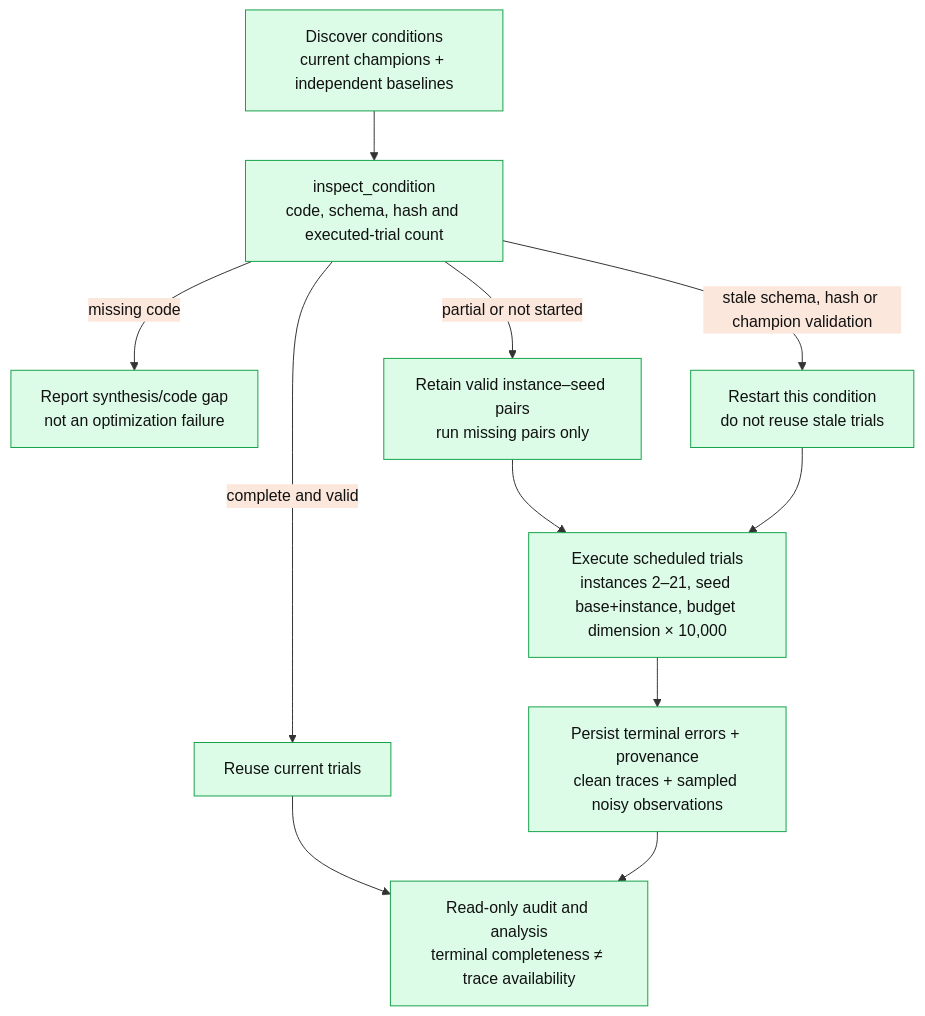
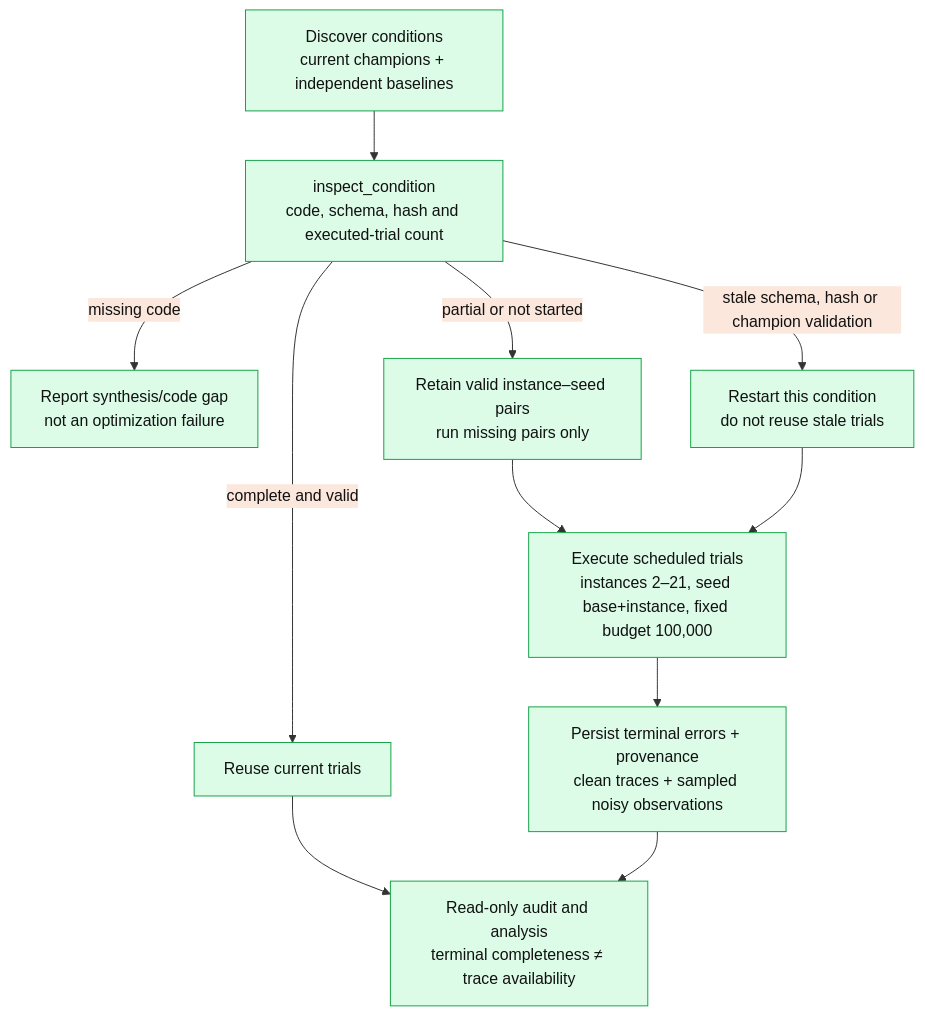
The second of 2 diagrams in docs/evaluation_protocol.md (Nicola-Ibrahim/AAD_LLM), drawn with Mermaid before and after one commit. The commit also changed other lines of this file and 29 other files, not shown here.

````diff
--- a/docs/evaluation_protocol.md
+++ b/docs/evaluation_protocol.md
@@ -47,14 +47,14 @@
 ```mermaid
 %%{init: {"theme":"base","themeVariables":{"background":"#f2e6ff","primaryColor":"#dcfce7","primaryBorderColor":"#16a34a","primaryTextColor":"#111111","lineColor":"#333333","fontFamily":"Arial, Helvetica, sans-serif"}}}%%
 flowchart TD
     Workload["Discover conditions<br/>current champions + independent baselines"] --> Status["inspect_condition<br/>code, schema, hash and executed-trial count"]
     Status -->|missing code| Missing["Report synthesis/code gap<br/>not an optimization failure"]
     Status -->|complete and valid| Cached["Reuse current trials"]
     Status -->|partial or not started| Resume["Retain valid instance–seed pairs<br/>run missing pairs only"]
     Status -->|stale schema, hash or champion validation| Restart["Restart this condition<br/>do not reuse stale trials"]
-    Resume --> Trials["Execute scheduled trials<br/>instances 2–21, seed base+instance, budget dimension × 10,000"]
+    Resume --> Trials["Execute scheduled trials<br/>instances 2–21, seed base+instance, fixed budget 100,000"]
     Restart --> Trials
     Trials --> Provenance["Persist terminal errors + provenance<br/>clean traces + sampled noisy observations"]
     Cached --> Analysis["Read-only audit and analysis<br/>terminal completeness ≠ trace availability"]
     Provenance --> Analysis
 ```
````
